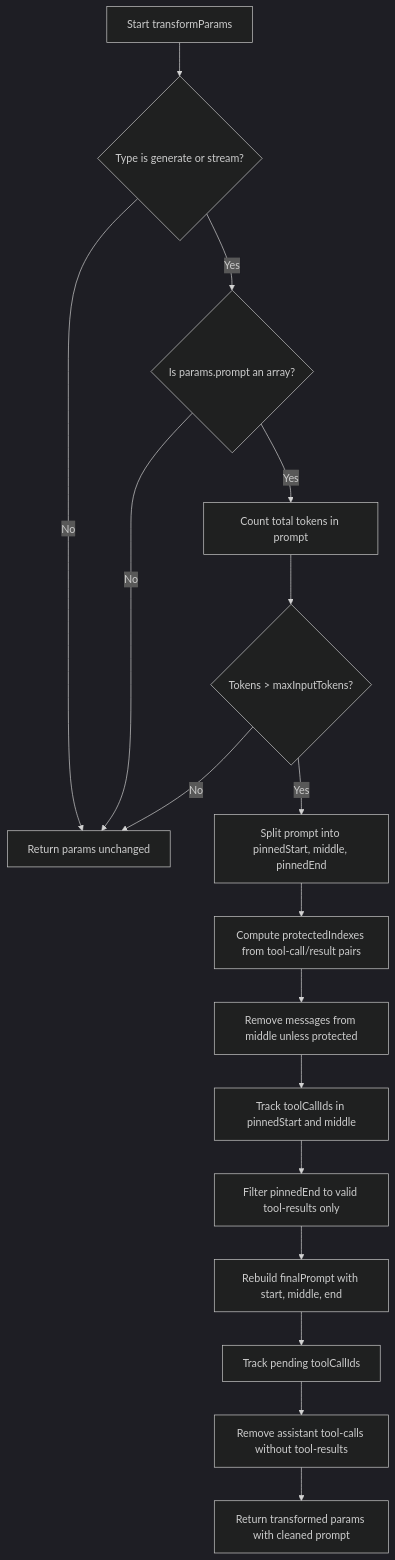
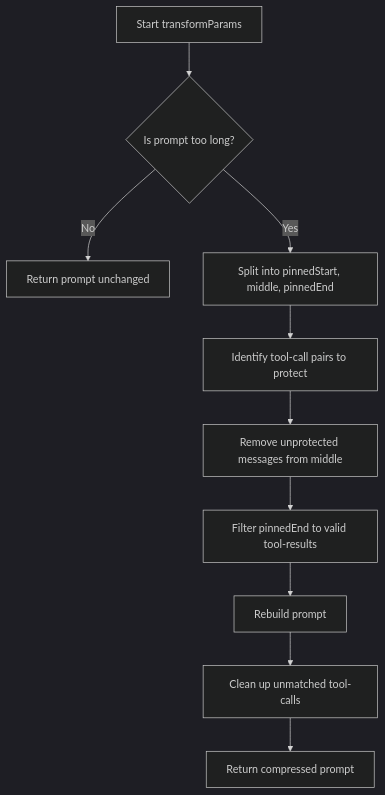
One commit to viktorlarsson/token-compression-middleware changed the diagram in README.md. Above: the diagram before and after it, drawn with Mermaid (dark theme).

Commit message:
fix: Update chart

````diff
--- a/README.md
+++ b/README.md
@@ -5,19 +5,12 @@
 ```mermaid
 flowchart TD
-A[Start transformParams] --> B{Type is generate or stream?}
-B -- No --> Z[Return params unchanged]
-B -- Yes --> C{Is params.prompt an array?}
-C -- No --> Z
-C -- Yes --> D[Count total tokens in prompt]
-D --> E{Tokens > maxInputTokens?}
-E -- No --> Z
-E -- Yes --> F[Split prompt into pinnedStart, middle, pinnedEnd]
-F --> G[Compute protectedIndexes from tool-call/result pairs]
-G --> H[Remove messages from middle unless protected]
-H --> I[Track toolCallIds in pinnedStart and middle]
-I --> J[Filter pinnedEnd to valid tool-results only]
-J --> K[Rebuild finalPrompt with start, middle, end]
-K --> L[Track pending toolCallIds]
-L --> M[Remove assistant tool-calls without tool-results]
-M --> N[Return transformed params with cleaned prompt]
+A[Start transformParams] --> B{Is prompt too long?}
+B -- No --> Z[Return prompt unchanged]
+B -- Yes --> C[Split into pinnedStart, middle, pinnedEnd]
+C --> D[Identify tool-call pairs to protect]
+D --> E[Remove unprotected messages from middle]
+E --> F[Filter pinnedEnd to valid tool-results]
+F --> G[Rebuild prompt]
+G --> H[Clean up unmatched tool-calls]
+H --> I[Return compressed prompt]
 ```
````
